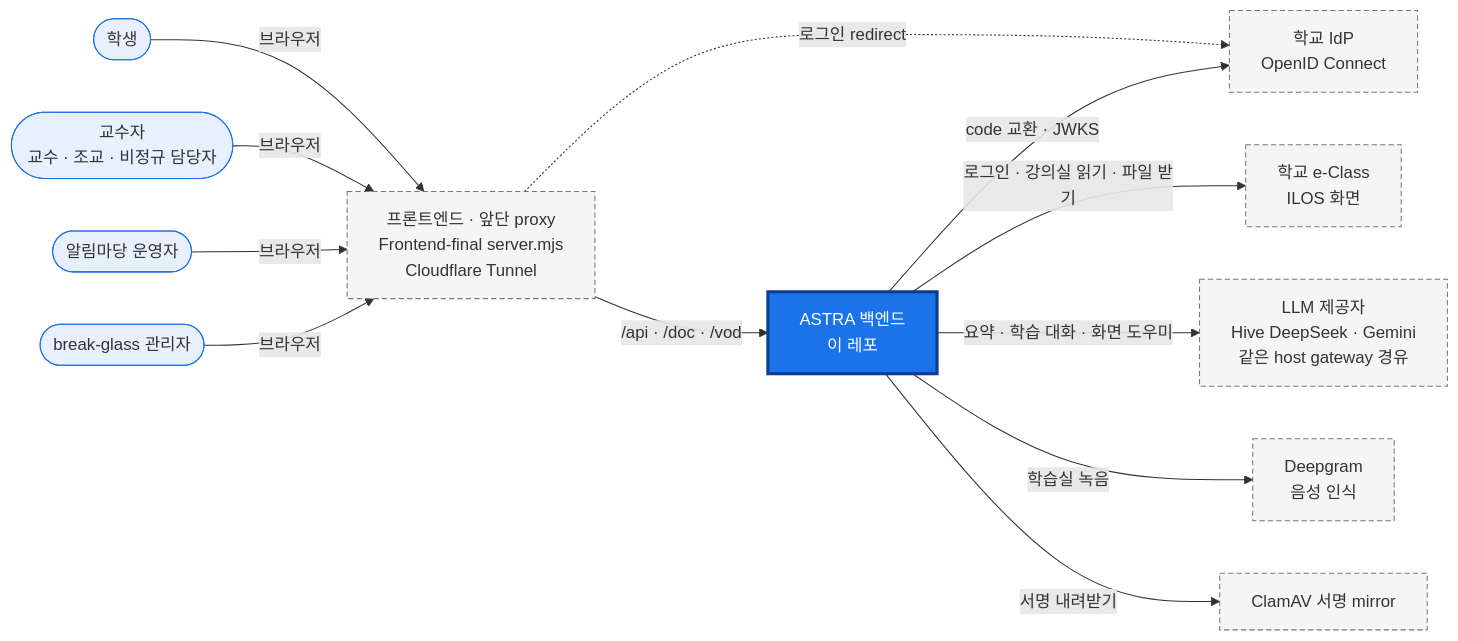
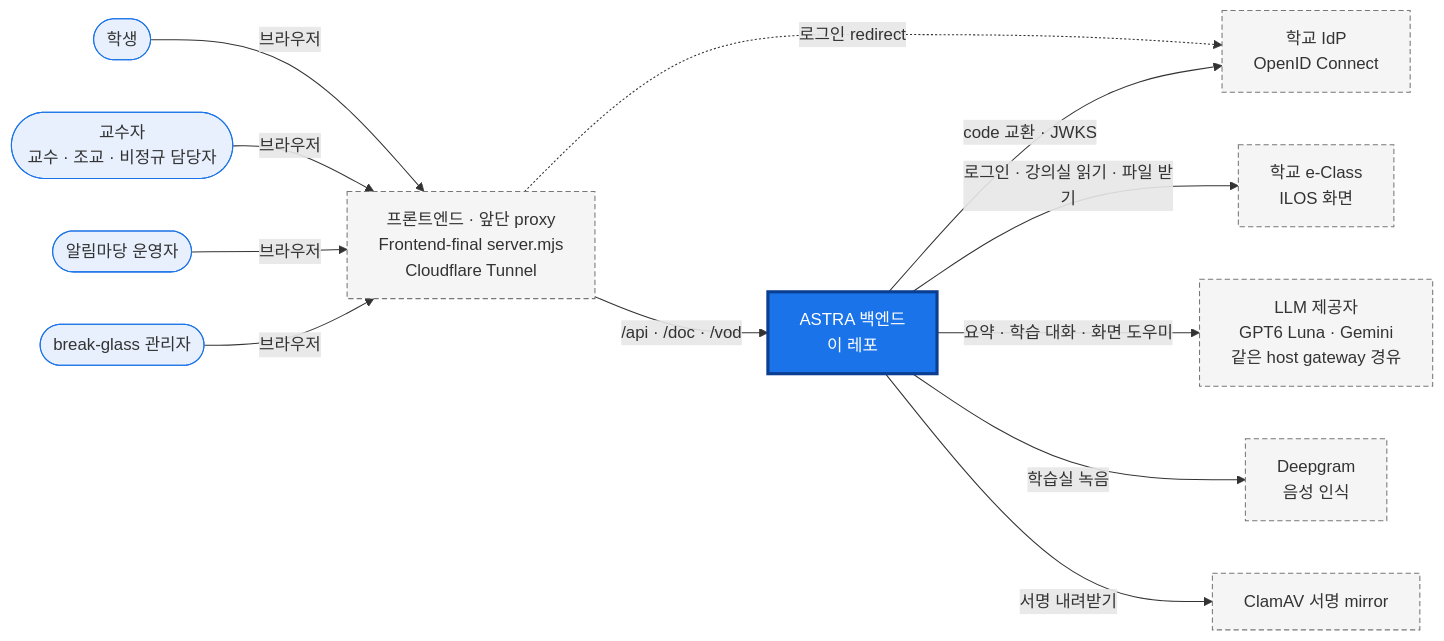
One commit to 2026ENDPoinT/team13 changed the first of 2 diagrams in backend/README.md. Above: the diagram before and after it, drawn with Mermaid. The commit also changed other lines of this file, not shown here.

Commit message:
Update md

````diff
--- a/backend/README.md
+++ b/backend/README.md
@@ -25,28 +25,28 @@
 ```mermaid
 flowchart LR
   ST(["학생"])
   IN(["교수자<br/>교수 · 조교 · 비정규 담당자"])
   OP(["알림마당 운영자"])
   BG(["break-glass 관리자"])
   FE["프론트엔드 · 앞단 proxy<br/>Frontend-final server.mjs<br/>Cloudflare Tunnel"]
   AS["ASTRA 백엔드<br/>이 레포"]
   IDP["학교 IdP<br/>OpenID Connect"]
   EC["학교 e-Class<br/>ILOS 화면"]
-  LLM["LLM 제공자<br/>Hive DeepSeek · Gemini<br/>같은 host gateway 경유"]
+  LLM["LLM 제공자<br/>GPT6 Luna · Gemini<br/>같은 host gateway 경유"]
   DG["Deepgram<br/>음성 인식"]
   MIR["ClamAV 서명 mirror"]
   ST & IN & OP & BG -->|"브라우저"| FE
   FE -->|"/api · /doc · /vod"| AS
   FE -.->|"로그인 redirect"| IDP
   AS -->|"code 교환 · JWKS"| IDP
   AS -->|"로그인 · 강의실 읽기 · 파일 받기"| EC
   AS -->|"요약 · 학습 대화 · 화면 도우미"| LLM
   AS -->|"학습실 녹음"| DG
   AS -->|"서명 내려받기"| MIR
   classDef person fill:#e8f0fe,stroke:#1a73e8
   classDef system fill:#1a73e8,stroke:#0b3d91,stroke-width:3px,color:#fff
   classDef ext fill:#f5f5f5,stroke:#777,stroke-dasharray:5 3
   class ST,IN,OP,BG person
   class AS system
   class FE,IDP,EC,LLM,DG,MIR ext
 ```
````
